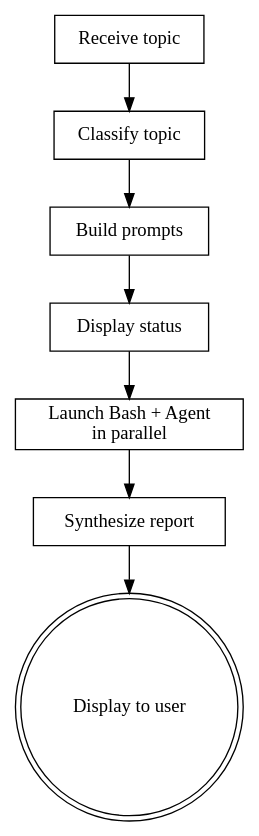
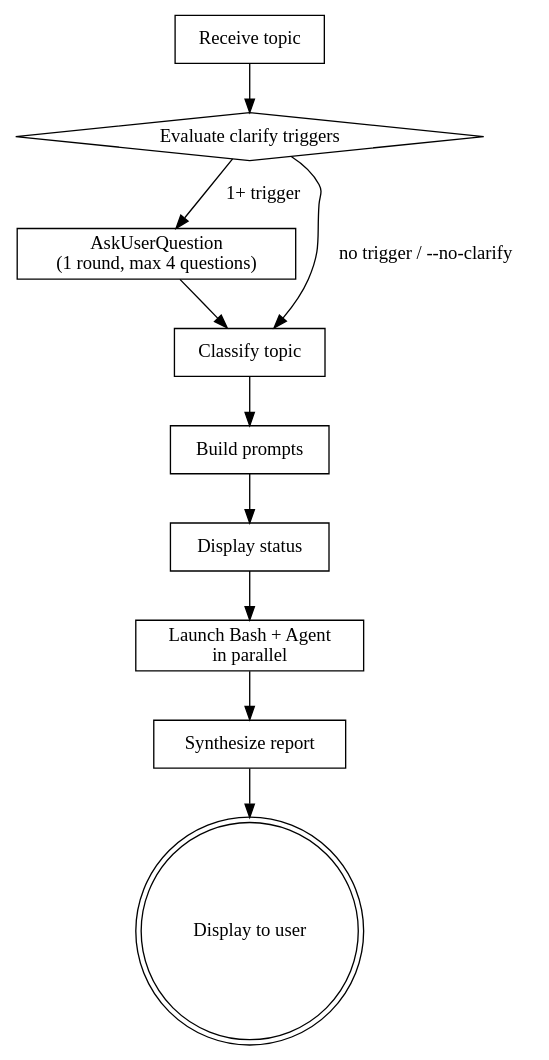
Before and after one commit to not-elm/forte: the diagram in skills/parallel-research/SKILL.md, drawn with Graphviz. The commit also changed other lines of this file and 1 other file, not shown here.

````diff
--- a/skills/parallel-research/SKILL.md
+++ b/skills/parallel-research/SKILL.md
@@ -36,19 +38,24 @@
 ```dot
 digraph parallel_research {
     rankdir=TB;
     "Receive topic" [shape=box];
+    "Evaluate clarify triggers" [shape=diamond];
+    "AskUserQuestion\n(1 round, max 4 questions)" [shape=box];
     "Classify topic" [shape=box];
     "Build prompts" [shape=box];
     "Display status" [shape=box];
     "Launch Bash + Agent\nin parallel" [shape=box];
     "Synthesize report" [shape=box];
     "Display to user" [shape=doublecircle];
 
-    "Receive topic" -> "Classify topic";
+    "Receive topic" -> "Evaluate clarify triggers";
+    "Evaluate clarify triggers" -> "AskUserQuestion\n(1 round, max 4 questions)" [label="1+ trigger"];
+    "Evaluate clarify triggers" -> "Classify topic" [label="no trigger / --no-clarify"];
+    "AskUserQuestion\n(1 round, max 4 questions)" -> "Classify topic";
     "Classify topic" -> "Build prompts";
     "Build prompts" -> "Display status";
     "Display status" -> "Launch Bash + Agent\nin parallel";
     "Launch Bash + Agent\nin parallel" -> "Synthesize report";
     "Synthesize report" -> "Display to user";
 }
 ```
````
